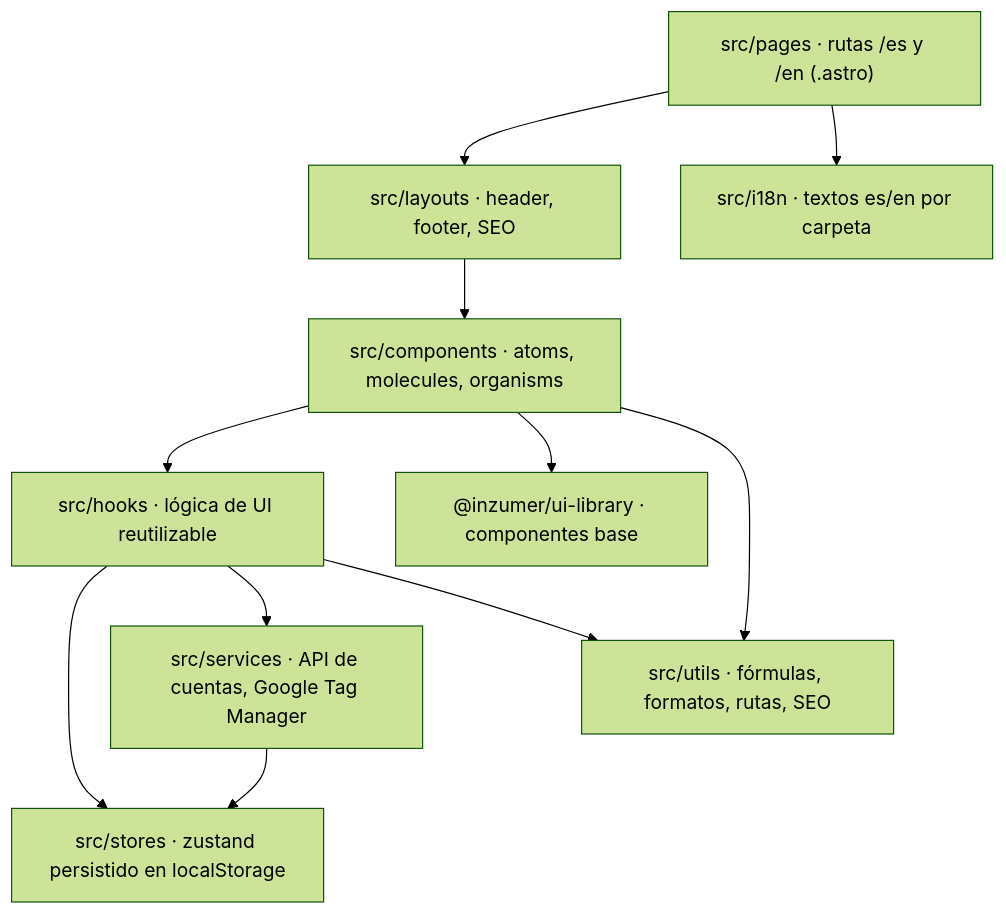
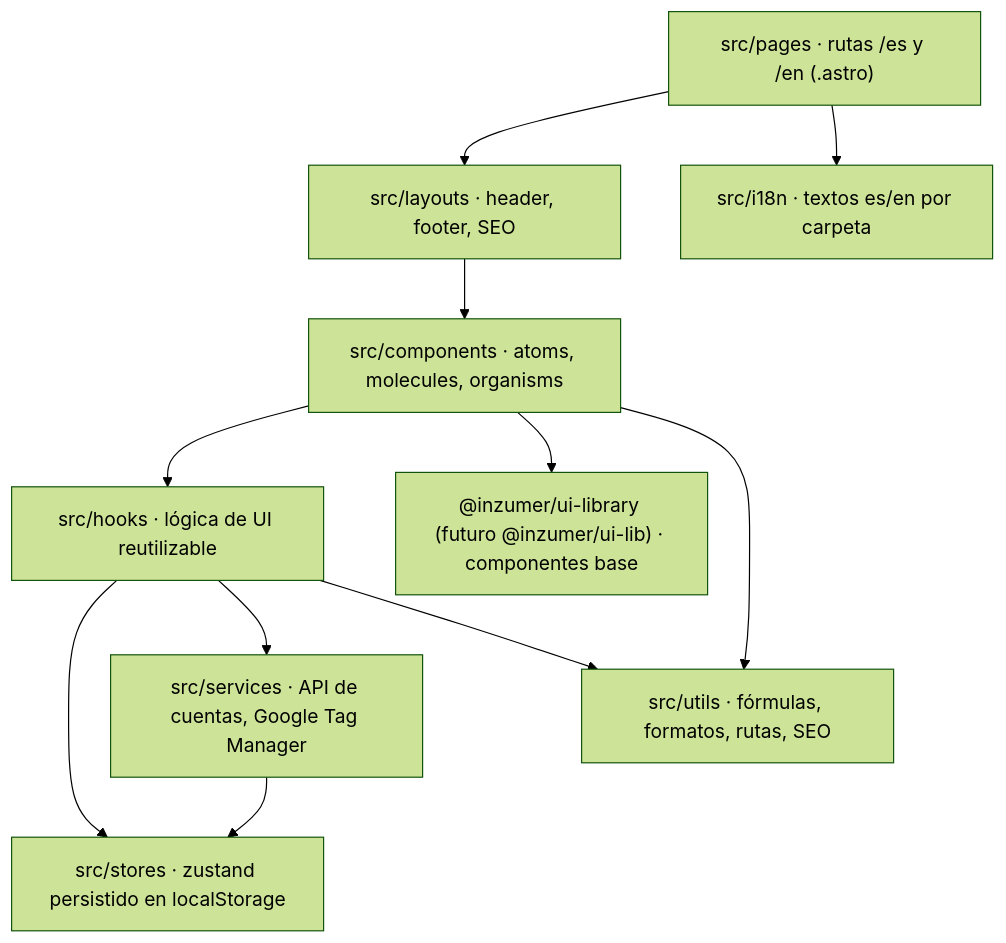
Before and after one commit to inzumer/milimon-docs: the diagram in src/content/docs/arquitectura/sitio.md, drawn with Mermaid (forest theme). The commit also changed other lines of this file and 9 other files, not shown here.

````diff
--- a/src/content/docs/arquitectura/sitio.md
+++ b/src/content/docs/arquitectura/sitio.md
@@ -13,21 +13,21 @@
 ```mermaid
 flowchart TB
   paginas["src/pages · rutas /es y /en (.astro)"]
   layouts["src/layouts · header, footer, SEO"]
   componentes["src/components · atoms, molecules, organisms"]
   hooks["src/hooks · lógica de UI reutilizable"]
   stores["src/stores · zustand persistido en localStorage"]
   services["src/services · API de cuentas, Google Tag Manager"]
   utils["src/utils · fórmulas, formatos, rutas, SEO"]
   i18n["src/i18n · textos es/en por carpeta"]
-  lib["@inzumer/ui-library · componentes base"]
+  lib["@inzumer/ui-library (futuro @inzumer/ui-lib) · componentes base"]
 
   paginas --> layouts --> componentes
   paginas --> i18n
   componentes --> hooks --> stores
   componentes --> lib
   hooks --> services
   services --> stores
   componentes --> utils
   hooks --> utils
 ```
````
